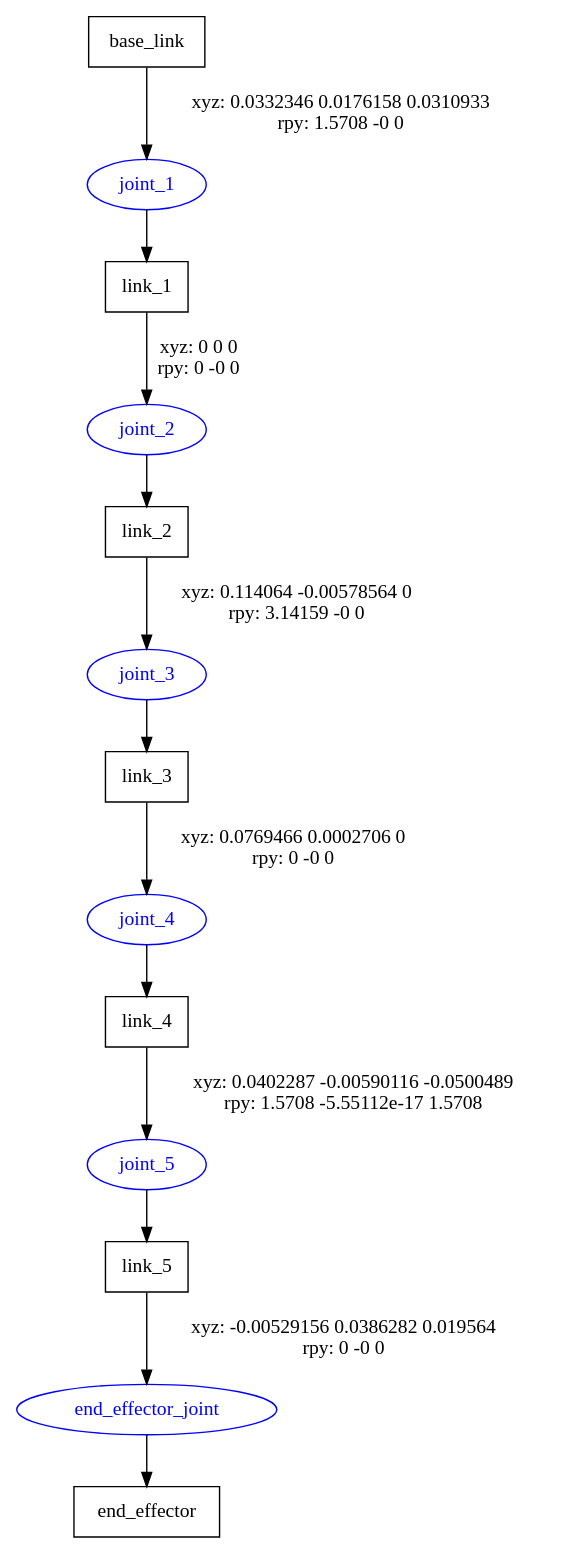
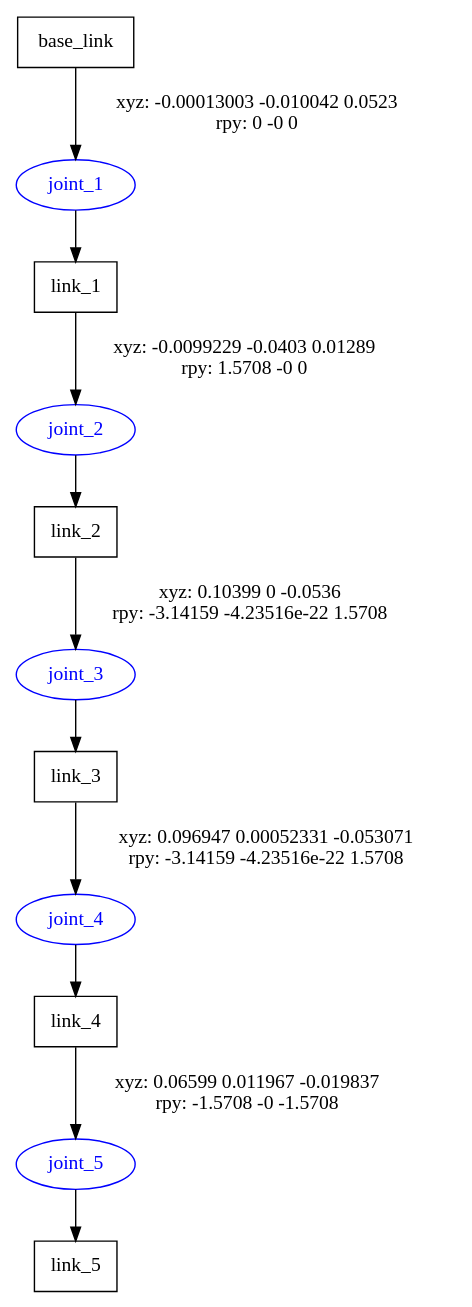
The diagram in system_output/urdf_to_graphviz/manipulator/manipulator_description.gv (Xtalism/sandbox_ros2), drawn with Graphviz before and after one commit. The commit also changed 9 other files, not shown here.

```diff
--- a/system_output/urdf_to_graphviz/manipulator/manipulator_description.gv
+++ b/system_output/urdf_to_graphviz/manipulator/manipulator_description.gv
@@ -1,23 +1,20 @@
 digraph G {
 node [shape=box];
 "base_link" [label="base_link"];
 "link_1" [label="link_1"];
 "link_2" [label="link_2"];
 "link_3" [label="link_3"];
 "link_4" [label="link_4"];
 "link_5" [label="link_5"];
-"end_effector" [label="end_effector"];
 node [shape=ellipse, color=blue, fontcolor=blue];
-"base_link" -> "joint_1" [label="xyz: 0.0332346 0.0176158 0.0310933 \nrpy: 1.5708 -0 0"]
+"base_link" -> "joint_1" [label="xyz: -0.00013003 -0.010042 0.0523 \nrpy: 0 -0 0"]
 "joint_1" -> "link_1"
-"link_1" -> "joint_2" [label="xyz: 0 0 0 \nrpy: 0 -0 0"]
+"link_1" -> "joint_2" [label="xyz: -0.0099229 -0.0403 0.01289 \nrpy: 1.5708 -0 0"]
 "joint_2" -> "link_2"
-"link_2" -> "joint_3" [label="xyz: 0.114064 -0.00578564 0 \nrpy: 3.14159 -0 0"]
+"link_2" -> "joint_3" [label="xyz: 0.10399 0 -0.0536 \nrpy: -3.14159 -4.23516e-22 1.5708"]
 "joint_3" -> "link_3"
-"link_3" -> "joint_4" [label="xyz: 0.0769466 0.0002706 0 \nrpy: 0 -0 0"]
+"link_3" -> "joint_4" [label="xyz: 0.096947 0.00052331 -0.053071 \nrpy: -3.14159 -4.23516e-22 1.5708"]
 "joint_4" -> "link_4"
-"link_4" -> "joint_5" [label="xyz: 0.0402287 -0.00590116 -0.0500489 \nrpy: 1.5708 -5.55112e-17 1.5708"]
+"link_4" -> "joint_5" [label="xyz: 0.06599 0.011967 -0.019837 \nrpy: -1.5708 -0 -1.5708"]
 "joint_5" -> "link_5"
-"link_5" -> "end_effector_joint" [label="xyz: -0.00529156 0.0386282 0.019564 \nrpy: 0 -0 0"]
-"end_effector_joint" -> "end_effector"
 }
```
